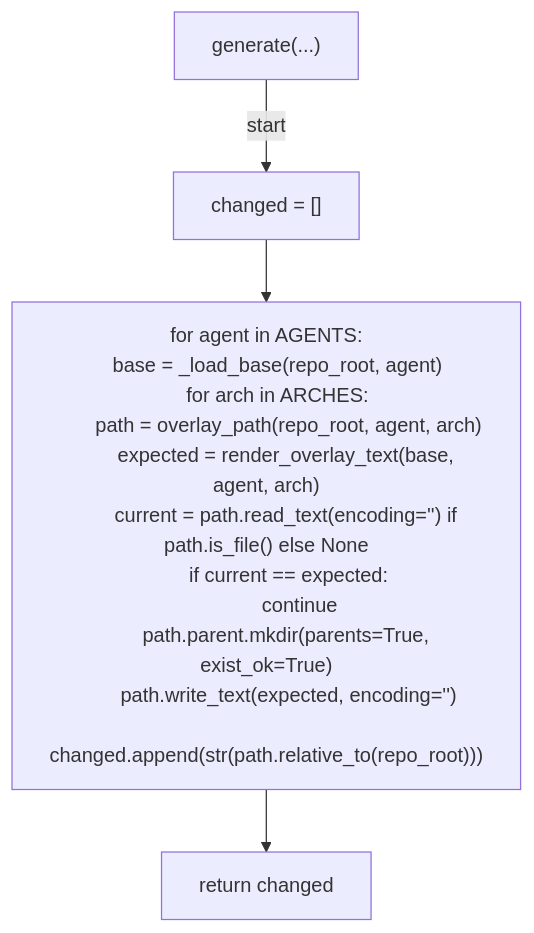
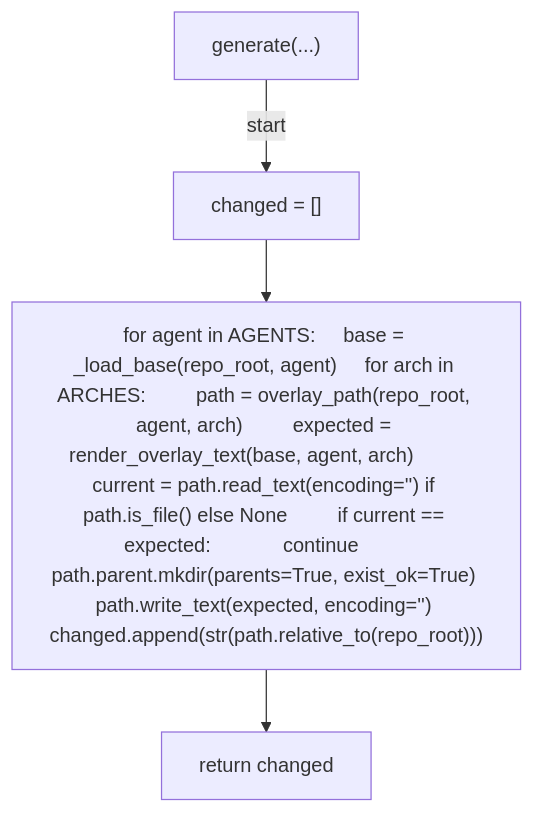
Before and after one commit to tvna/claude-md: the sixth of 10 diagrams in docs/generated/scripts/ast/generate_devcontainer_arch_overlays.md, drawn with Mermaid. The commit also changed other lines of this file and 30 other files, not shown here.

First line of the commit message:
docs(generated): regenerate decision tree and workflow diagrams (batch 2/5)

````diff
--- a/docs/generated/scripts/ast/generate_devcontainer_arch_overlays.md
+++ b/docs/generated/scripts/ast/generate_devcontainer_arch_overlays.md
@@ -90,20 +90,10 @@
 ```mermaid
 flowchart TD
     N001["generate(...)"]
     N002["changed = []"]
-    N003["for agent in AGENTS:
-    base = _load_base(repo_root, agent)
-    for arch in ARCHES:
-        path = overlay_path(repo_root, agent, arch)
-        expected = render_overlay_text(base, agent, arch)
-        current = path.read_text(encoding='<str>') if path.is_file() else None
-        if current == expected:
-            continue
-        path.parent.mkdir(parents=True, exist_ok=True)
-        path.write_text(expected, encoding='<str>')
-        changed.append(str(path.relative_to(repo_root)))"]
+    N003["for agent in AGENTS:     base = _load_base(repo_root, agent)     for arch in ARCHES:         path = overlay_path(repo_root, agent, arch)         expected = render_overlay_text(base, agent, arch)         current = path.read_text(encoding='<str>') if path.is_file() else None         if current == expected:             continue         path.parent.mkdir(parents=True, exist_ok=True)         path.write_text(expected, encoding='<str>')         changed.append(str(path.relative_to(repo_root)))"]
     N004["return changed"]
     N001 -->|"start"| N002
     N002 --> N003
     N003 --> N004
 ```
````
